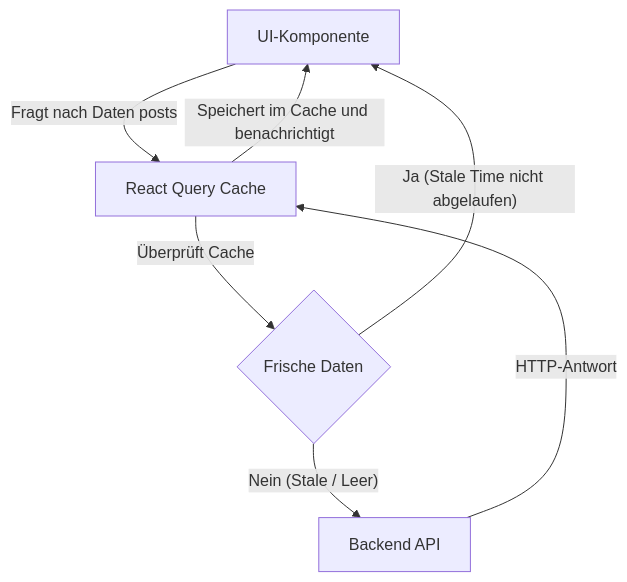
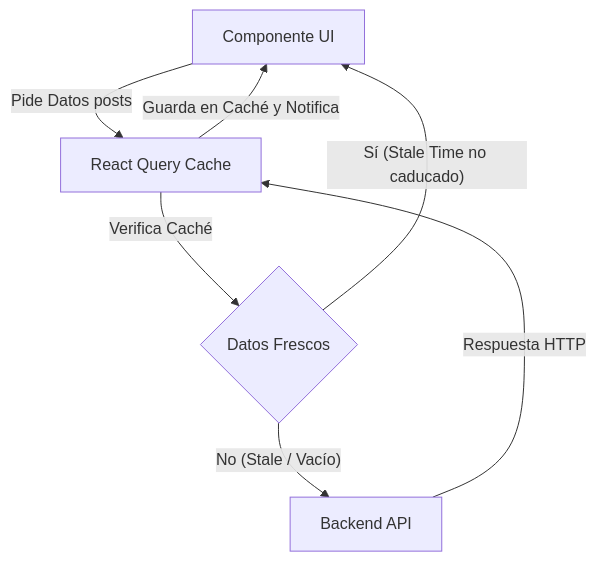
The first of 2 diagrams in public/docs/de/ext_react_experto.md (gjpierp/nmergeia), drawn with Mermaid before and after one commit. The commit also changed other lines of this file and 518 other files, not shown here.

````diff
--- a/public/docs/de/ext_react_experto.md
+++ b/public/docs/de/ext_react_experto.md
@@ -11,11 +11,11 @@
 ```mermaid
 graph TD
-    React[UI-Komponente] -->|Fragt nach Daten posts| QueryClient[React Query Cache]
-    QueryClient -->|Überprüft Cache| CacheHit{Frische Daten}
+    React[Componente UI] -->|Pide Datos posts| QueryClient[React Query Cache]
+    QueryClient -->|Verifica Caché| CacheHit{Datos Frescos}
     
-    CacheHit -->|"Ja (Stale Time nicht abgelaufen)"| React
-    CacheHit -->|"Nein (Stale / Leer)"| API[Backend API]
+    CacheHit -->|"Sí (Stale Time no caducado)"| React
+    CacheHit -->|"No (Stale / Vacío)"| API[Backend API]
     
-    API -->|HTTP-Antwort| QueryClient
-    QueryClient -->|Speichert im Cache und benachrichtigt| React
+    API -->|Respuesta HTTP| QueryClient
+    QueryClient -->|Guarda en Caché y Notifica| React
 ```
````
